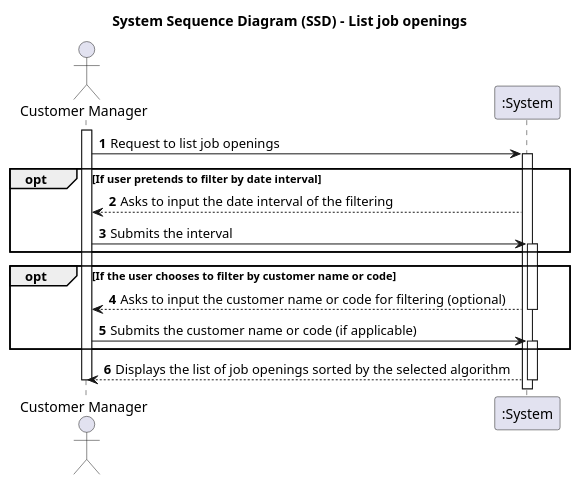
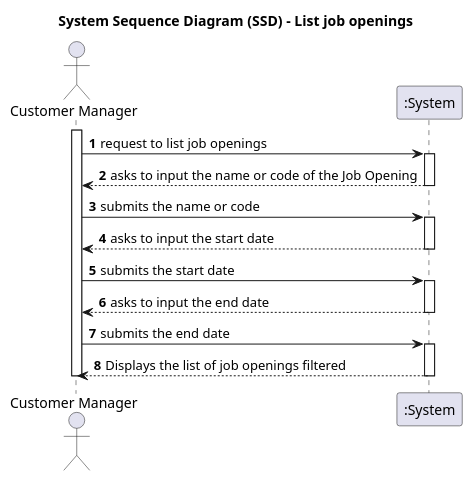
Before and after one commit to marcoferreira37/Lapr4: the diagram in docs/sprintB/1003/1003-system-sequence-diagram.puml, drawn with PlantUML. The commit also changed 17 other files, not shown here.

```diff
--- a/docs/sprintB/1003/1003-system-sequence-diagram.puml
+++ b/docs/sprintB/1003/1003-system-sequence-diagram.puml
@@ -1,41 +1,54 @@
 @startuml
 'skinparam monochrome true
 'skinparam packageStyle rectangle
 'skinparam shadowing false
 
 title System Sequence Diagram (SSD) - List job openings
 
 autonumber
 
 actor "Customer Manager" as Agent
 participant ":System" as System
 
 activate Agent
 
-Agent -> System : Request to list job openings
+Agent -> System : request to list job openings
 
-opt If user pretends to filter by date interval
 activate System
 
-    System --> Agent : Asks to input the date interval of the filtering
+    System --> Agent : asks to input the name or code of the Job Opening
 
-Agent -> System : Submits the interval
+deactivate System
+
+
+Agent -> System : submits the name or code
 
 activate System
-end
-opt If the user chooses to filter by customer name or code
-System --> Agent : Asks to input the customer name or code for filtering (optional)
+
+System --> Agent : asks to input the start date
+
 deactivate System
 
-Agent -> System : Submits the customer name or code (if applicable)
+Agent -> System : submits the start date
 
 activate System
-end
 
- System --> Agent : Displays the list of job openings sorted by the selected algorithm
+System --> Agent : asks to input the end date
 
+
+deactivate System
+
+Agent -> System : submits the end date
+
+activate System
+
+
+
+
+
+ System --> Agent : Displays the list of job openings filtered
 deactivate System
 
 deactivate Agent
 
 @enduml
```
